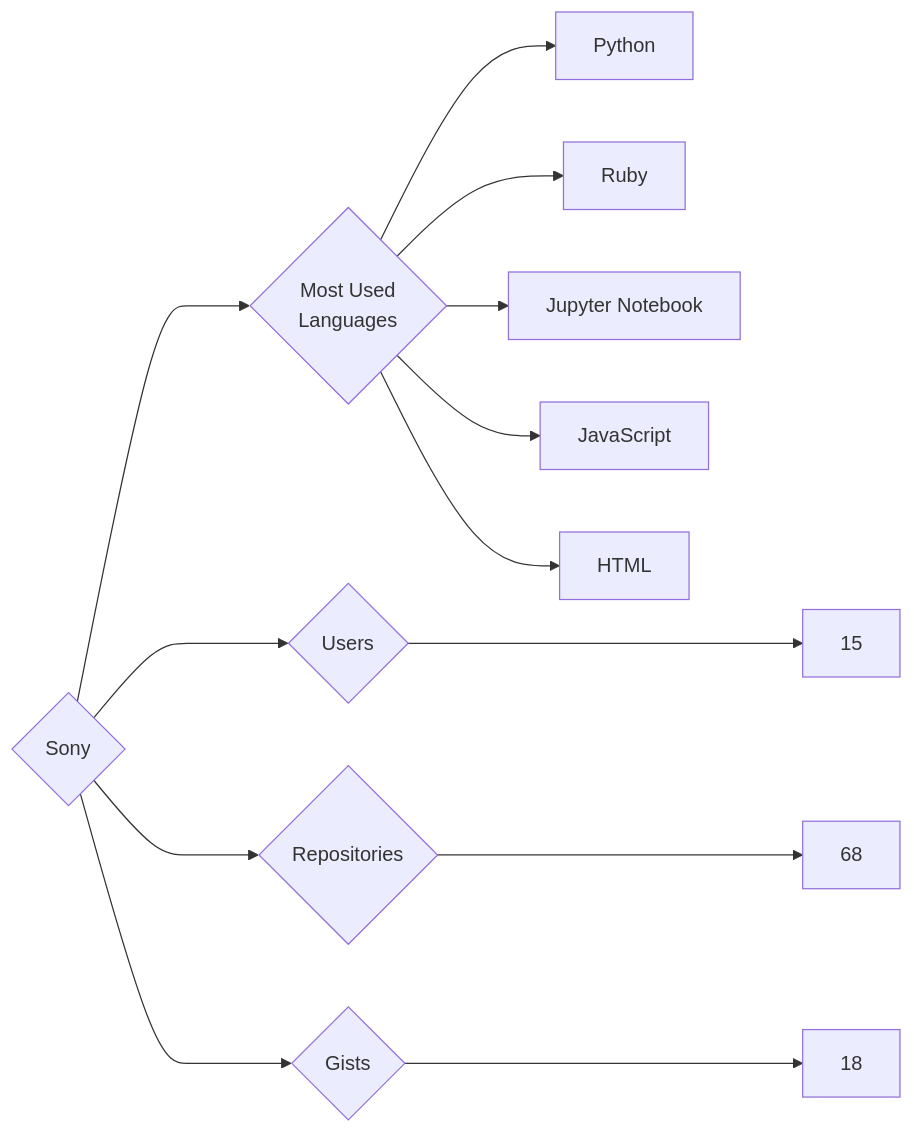
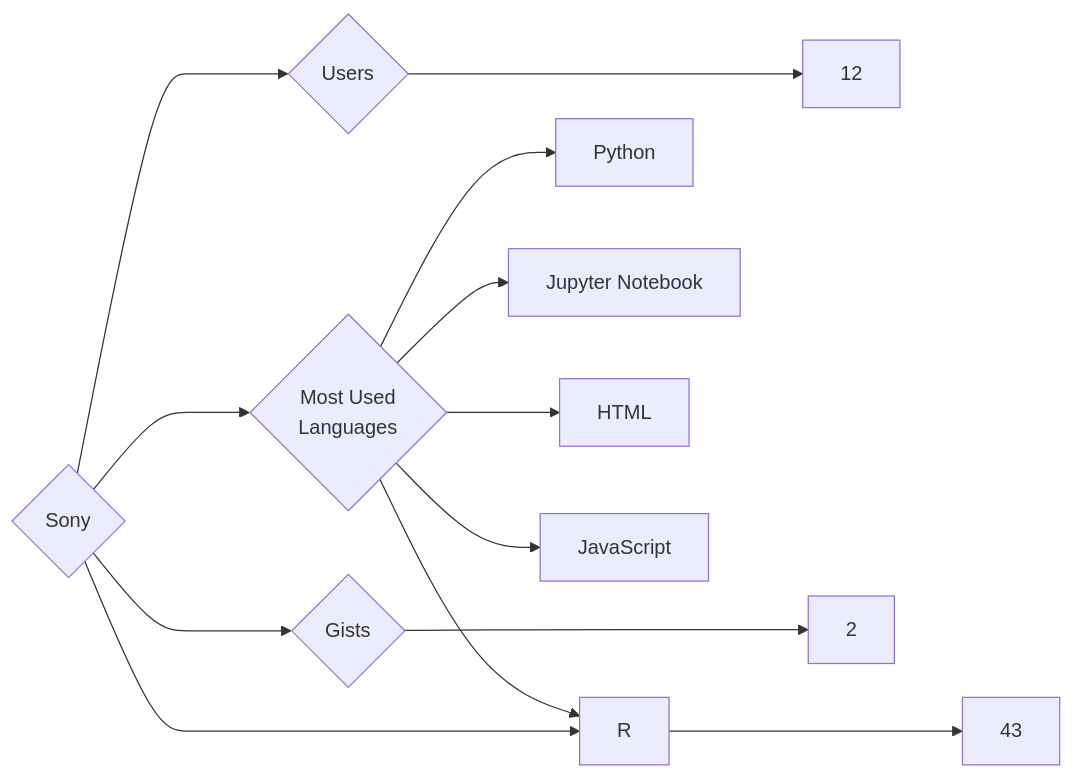
The diagram in targets/Sony/README.md (trickest/insiders), drawn with Mermaid before and after one commit. The commit also changed 748 other files, not shown here.

````diff
--- a/targets/Sony/README.md
+++ b/targets/Sony/README.md
@@ -3,13 +3,13 @@
 ```mermaid
 graph LR
 COMPANY_NAME{Sony}
-COMPANY_NAME ---> U{Users} ---> UN[15]
-COMPANY_NAME ---> R{Repositories} ---> RN[68]
-COMPANY_NAME ---> G{Gists} ---> GN[18]
+COMPANY_NAME ---> U{Users} ---> UN[12]
+COMPANY_NAME ---> R{Repositories} ---> RN[43]
+COMPANY_NAME ---> G{Gists} ---> GN[2]
 COMPANY_NAME ---> ML{Most Used<br>Languages}
 ML --> Python[Python]
-ML --> Ruby[Ruby]
 ML --> Jupyter_Notebook[Jupyter Notebook]
+ML --> HTML[HTML]
+ML --> R[R]
 ML --> JavaScript[JavaScript]
-ML --> HTML[HTML]
 ```
````
